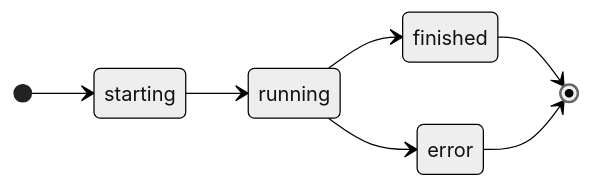
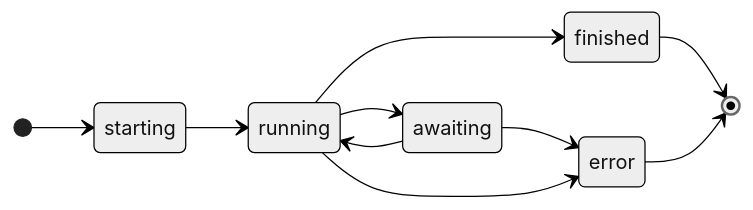
Before and after one commit to masumi-network/kodosumi: the diagram in docs/lifecycle.mdx, drawn with Mermaid (neutral theme). The commit also changed 10 other files, not shown here.

````diff
--- a/docs/lifecycle.mdx
+++ b/docs/lifecycle.mdx
@@ -7,10 +7,13 @@
 ```mermaid
     stateDiagram 
     direction LR
         [*] --> starting
         starting --> running
         running --> finished
+        running --> awaiting
+        awaiting --> running
+        awaiting --> error
         running --> error
         finished --> [*]
         error --> [*]
 ```
````
